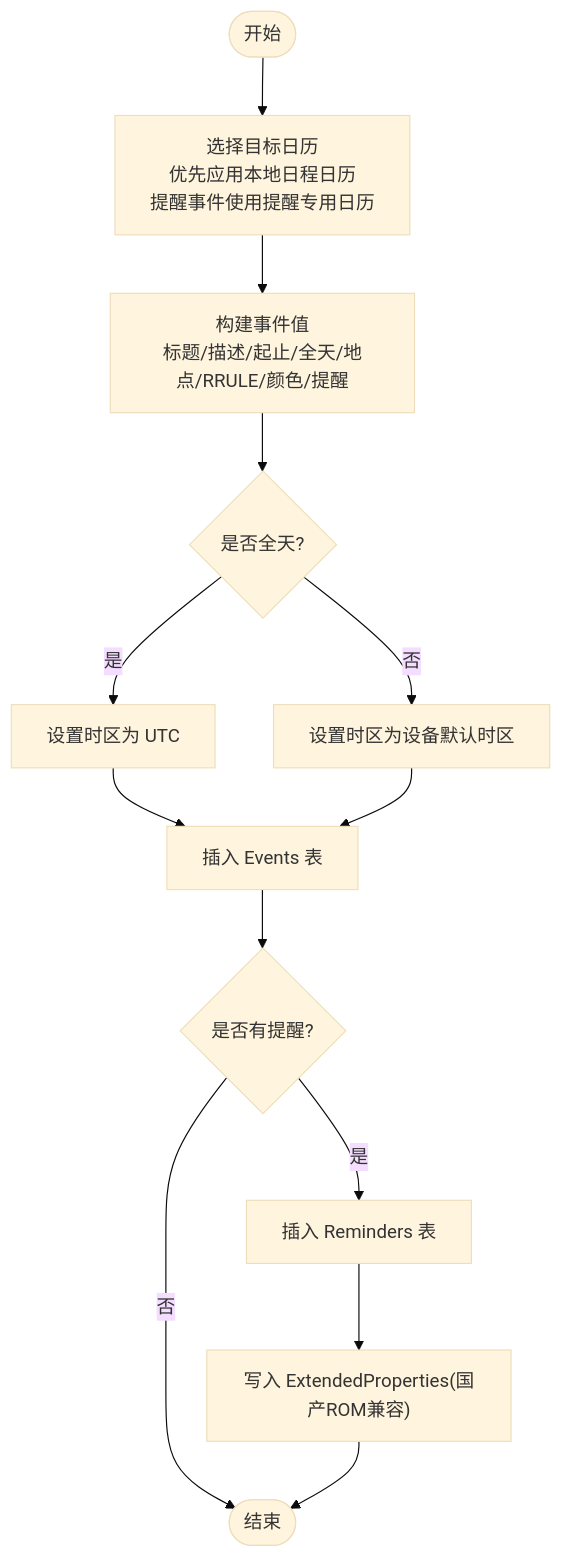
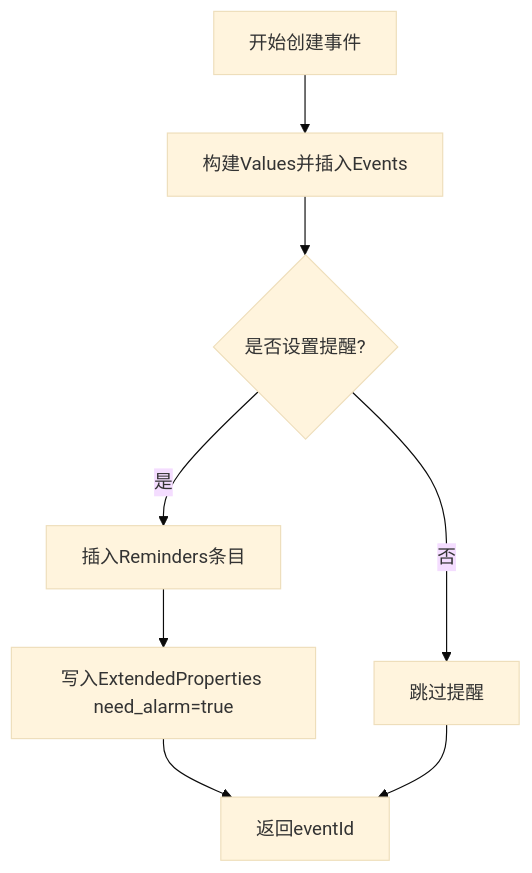
The fifth of 7 diagrams in .qoder/repowiki/zh/content/系统集成/系统日历集成.md (xiaobai860/paibanrili), drawn with Mermaid (base theme) before and after one commit. The commit also changed other lines of this file and 245 other files, not shown here.

````diff
--- a/.qoder/repowiki/zh/content/系统集成/系统日历集成.md
+++ b/.qoder/repowiki/zh/content/系统集成/系统日历集成.md
@@ -369,15 +235,10 @@
 ```mermaid
 flowchart TD
-Start(["开始"]) --> CheckCal["选择目标日历<br/>优先应用本地日程日历<br/>提醒事件使用提醒专用日历"]
-CheckCal --> BuildValues["构建事件值<br/>标题/描述/起止/全天/地点/RRULE/颜色/提醒"]
-BuildValues --> Timezone{"是否全天?"}
-Timezone --> |是| UseUTC["设置时区为 UTC"]
-Timezone --> |否| UseDefault["设置时区为设备默认时区"]
-UseUTC --> InsertEvent["插入 Events 表"]
-UseDefault --> InsertEvent
-InsertEvent --> HasReminder{"是否有提醒?"}
-HasReminder --> |是| AddRemind["插入 Reminders 表"]
-AddRemind --> AddExtProp["写入 ExtendedProperties(国产ROM兼容)"]
-HasReminder --> |否| End(["结束"])
-AddExtProp --> End
+A["开始创建事件"] --> B["构建Values并插入Events"]
+B --> C{"是否设置提醒?"}
+C --> |是| D["插入Reminders条目"]
+D --> E["写入ExtendedProperties need_alarm=true"]
+C --> |否| F["跳过提醒"]
+E --> G["返回eventId"]
+F --> G
 ```
````
